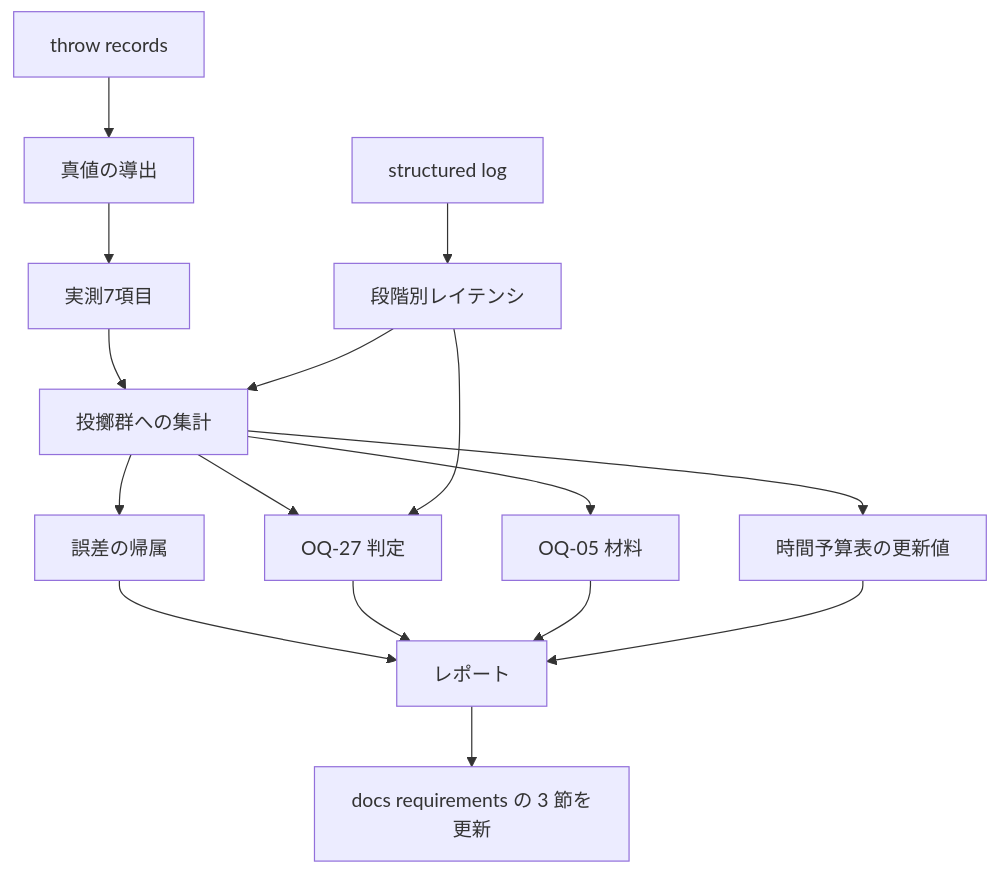
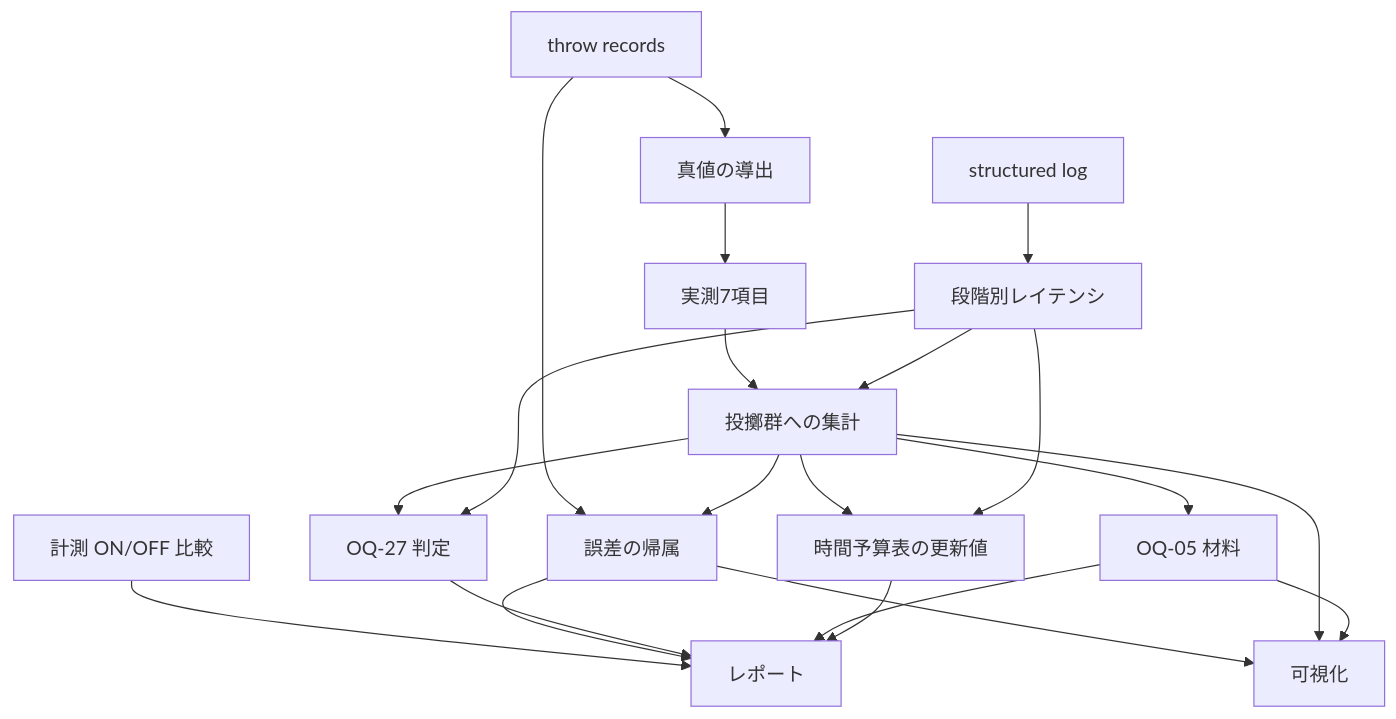
Before and after one commit to f18c052f/smart-trashbox-tribute: the third of 4 diagrams in .kiro/specs/m1-prediction-validation/design.md, drawn with Mermaid. The commit also changed other lines of this file, not shown here.

First line of the commit message:
docs(m1-prediction-validation): design.md の mermaid 図を実装へ同期する

````diff
--- a/.kiro/specs/m1-prediction-validation/design.md
+++ b/.kiro/specs/m1-prediction-validation/design.md
@@ -452,18 +469,23 @@
 ```mermaid
 graph TB
     REC[throw records] --> TRUTH[真値の導出]
     TRUTH --> ITEMS[実測7項目]
     LOG[structured log] --> LAT[段階別レイテンシ]
     ITEMS --> AGG[投擲群への集計]
     LAT --> AGG
-    AGG --> ATTR[誤差の帰属]
+    REC --> ATTR[誤差の帰属]
+    AGG --> ATTR
     AGG --> OQ27[OQ-27 判定]
     LAT --> OQ27
     AGG --> OQ05[OQ-05 材料]
     AGG --> BUDGET[時間予算表の更新値]
-    ATTR --> REPORT[レポート]
+    LAT --> BUDGET
+    BENCH[計測 ON/OFF 比較] --> REPORT[レポート]
+    ATTR --> REPORT
     OQ27 --> REPORT
     OQ05 --> REPORT
     BUDGET --> REPORT
-    REPORT --> DOCS[docs requirements の 3 節を更新]
+    ATTR --> PLOT[可視化]
+    AGG --> PLOT
+    OQ05 --> PLOT
 ```
````
